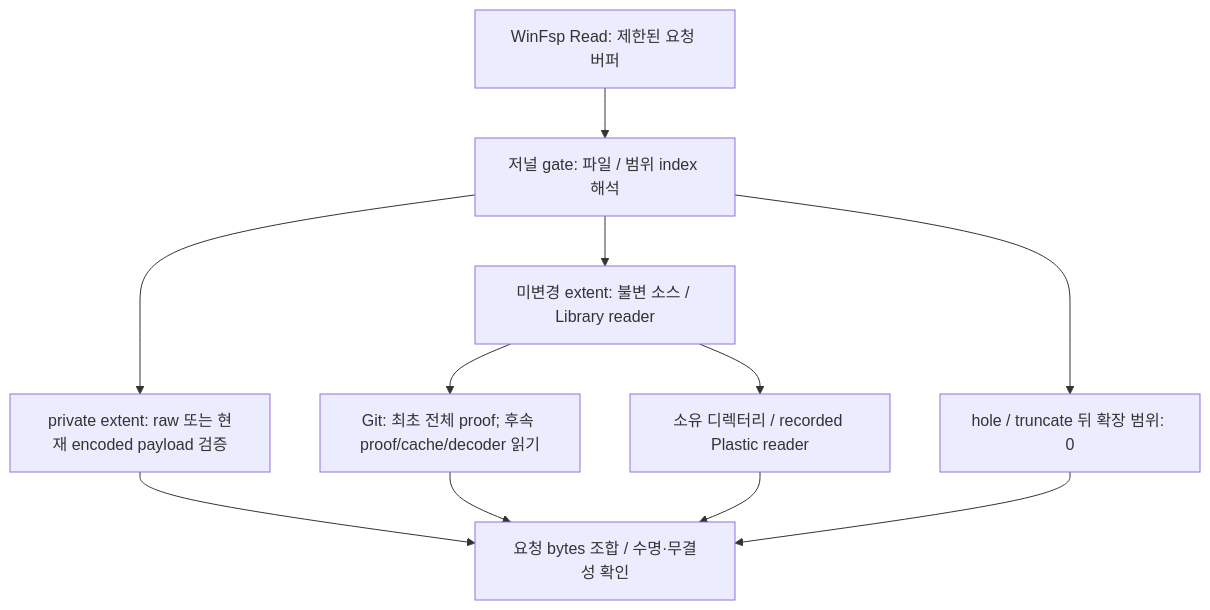
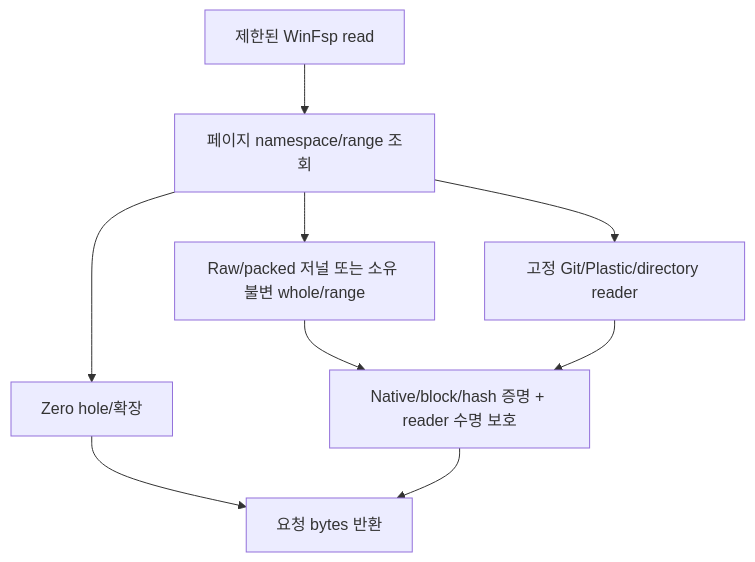
One commit to olivecrow/splinter changed the third of 6 diagrams in docs/ko/lifecycle-optimization-map.md. Above: the diagram before and after it, drawn with Mermaid. The commit also changed other lines of this file and 391 other files, not shown here.

````diff
--- a/docs/ko/lifecycle-optimization-map.md
+++ b/docs/ko/lifecycle-optimization-map.md
@@ -185,13 +108,11 @@
 ```mermaid
 flowchart TD
-  Read["WinFsp Read: 제한된 요청 버퍼"] --> Resolve["저널 gate: 파일 / 범위 index 해석"]
-  Resolve --> Private["private extent: raw 또는 현재 encoded payload 검증"]
-  Resolve --> Base["미변경 extent: 불변 소스 / Library reader"]
-  Resolve --> Hole["hole / truncate 뒤 확장 범위: 0"]
-  Base --> GitRead["Git: 최초 전체 proof; 후속 proof/cache/decoder 읽기"]
-  Base --> FileRead["소유 디렉터리 / recorded Plastic reader"]
-  Private --> Finish["요청 bytes 조합 / 수명·무결성 확인"]
-  GitRead --> Finish
-  FileRead --> Finish
-  Hole --> Finish
+  Read["제한된 WinFsp read"] --> Resolve["페이지 namespace/range 조회"]
+  Resolve --> Private["Raw/packed 저널 또는 소유 불변 whole/range"]
+  Resolve --> Basis["고정 Git/Plastic/directory reader"]
+  Resolve --> Hole["Zero hole/확장"]
+  Private --> Proof["Native/block/hash 증명 + reader 수명 보호"]
+  Basis --> Proof
+  Hole --> Done["요청 bytes 반환"]
+  Proof --> Done
 ```
````
